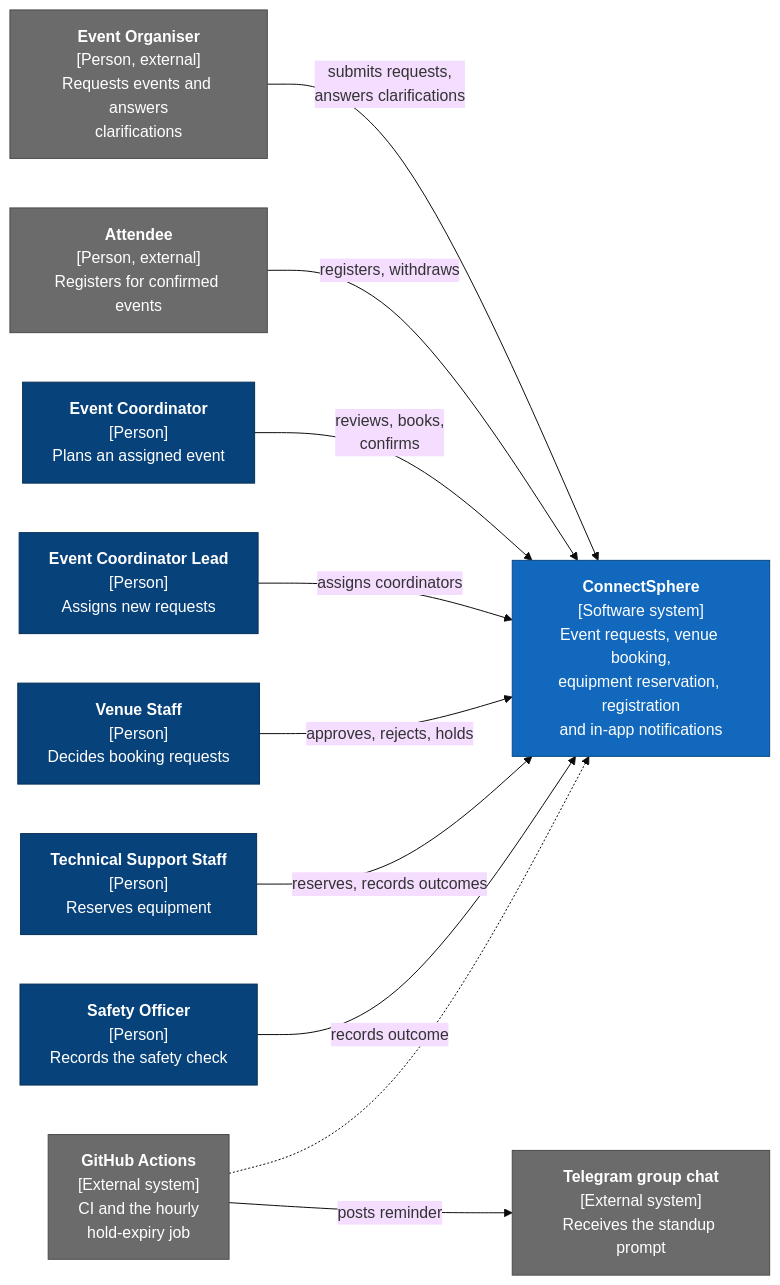
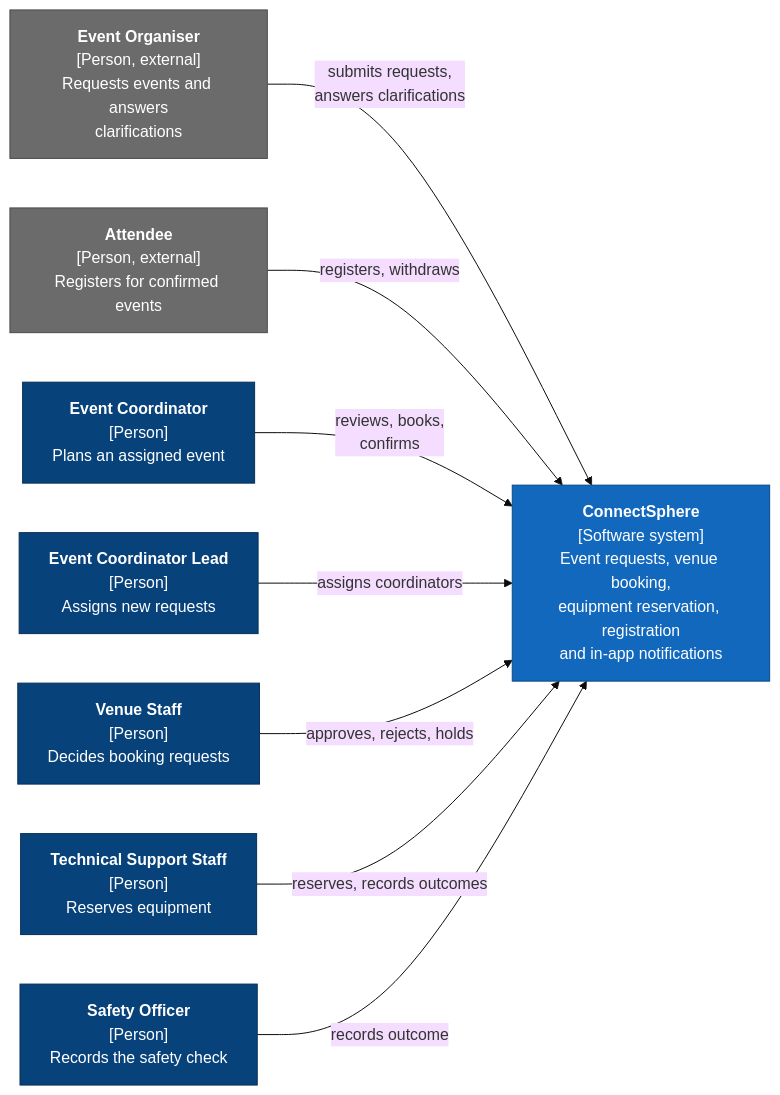
One commit to cheekfg897/SPM-Software-Project-Management- changed the diagram in docs/architecture/01-c4-context.md. Above: the diagram before and after it, drawn with Mermaid (base theme). The commit also changed other lines of this file and 7 other files, not shown here.

Commit message:
docs(SCRUM-78): remove github actions and telegram bot from C4 diagrams

````diff
--- a/docs/architecture/01-c4-context.md
+++ b/docs/architecture/01-c4-context.md
@@ -11,30 +11,26 @@
 ```mermaid
 flowchart LR
   classDef person fill:#08427b,stroke:#052e56,color:#ffffff
   classDef ext fill:#6b6b6b,stroke:#4a4a4a,color:#ffffff
   classDef system fill:#1168bd,stroke:#0b4884,color:#ffffff
 
   organiser["<b>Event Organiser</b><br/>[Person, external]<br/>Requests events and answers<br/>clarifications"]:::ext
   attendee["<b>Attendee</b><br/>[Person, external]<br/>Registers for confirmed events"]:::ext
 
   coordinator["<b>Event Coordinator</b><br/>[Person]<br/>Plans an assigned event"]:::person
   lead["<b>Event Coordinator Lead</b><br/>[Person]<br/>Assigns new requests"]:::person
   venuestaff["<b>Venue Staff</b><br/>[Person]<br/>Decides booking requests"]:::person
   tech["<b>Technical Support Staff</b><br/>[Person]<br/>Reserves equipment"]:::person
   safety["<b>Safety Officer</b><br/>[Person]<br/>Records the safety check"]:::person
 
   cs["<b>ConnectSphere</b><br/>[Software system]<br/>Event requests, venue booking,<br/>equipment reservation, registration<br/>and in-app notifications"]:::system
 
-  gha["<b>GitHub Actions</b><br/>[External system]<br/>CI and the hourly<br/>hold-expiry job"]:::ext
-  telegram["<b>Telegram group chat</b><br/>[External system]<br/>Receives the standup prompt"]:::ext
 
   organiser -->|"submits requests,<br/>answers clarifications"| cs
   attendee -->|"registers, withdraws"| cs
   coordinator -->|"reviews, books,<br/>confirms"| cs
   lead -->|"assigns coordinators"| cs
   venuestaff -->|"approves, rejects, holds"| cs
   tech -->|"reserves, records outcomes"| cs
   safety -->|"records outcome"| cs
-  gha -.-> cs
-  gha -->|"posts reminder"| telegram
 ```
````
